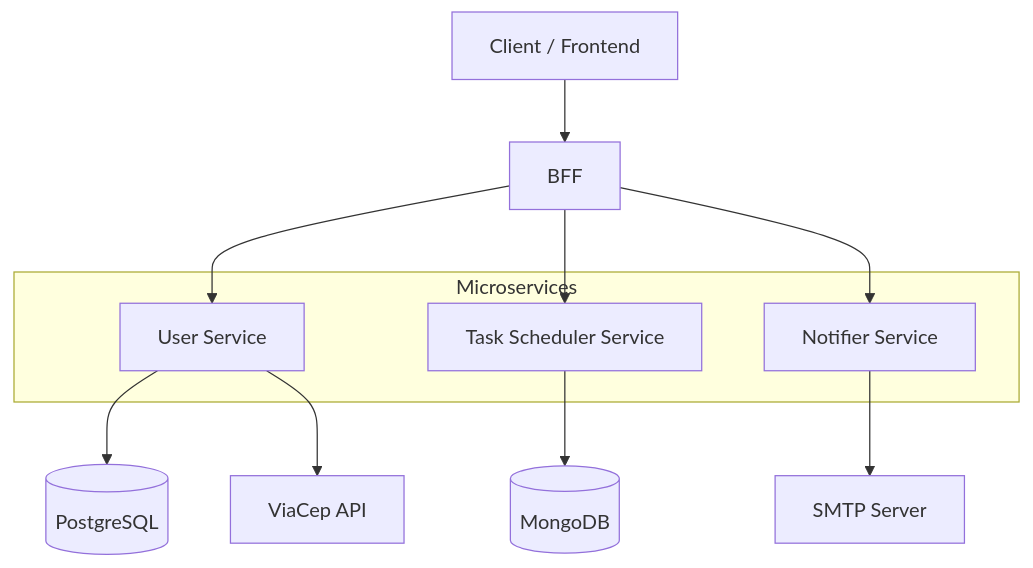
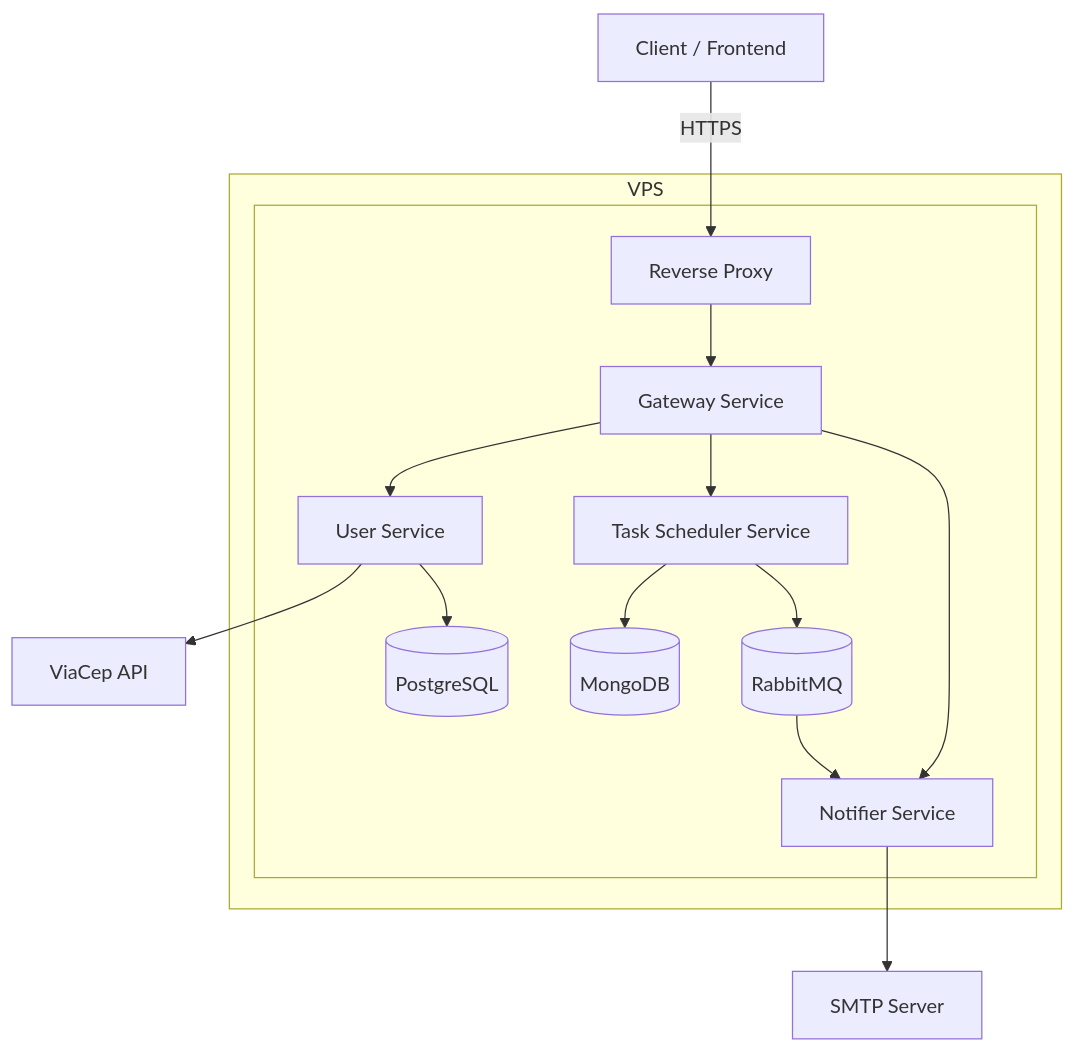
One commit to enzobbom/ts-system changed the first of 2 diagrams in README.md. Above: the diagram before and after it, drawn with Mermaid. The commit also changed other lines of this file, not shown here.

````diff
--- a/README.md
+++ b/README.md
@@ -45,30 +53,38 @@
 ```mermaid
 flowchart TB
 
-    Client[Client / Frontend]
+    Client["Client / Frontend"]
 
-    BFF[BFF]
+    ViaCep["ViaCep API"]
+    SMTP["SMTP Server"]
 
-    subgraph Microservices
-        User[User Service]
-        Task[Task Scheduler Service]
-        Notifier[Notifier Service]
+    subgraph VPS["VPS"]
+        subgraph VPS2[" "]
+            ReverseProxy["Reverse Proxy"]
+        Gateway["Gateway Service"]
+        User["User Service"]
+        Task["Task Scheduler Service"]
+        Notifier["Notifier Service"]
+        Postgres[(PostgreSQL)]
+        Mongo[(MongoDB)]
+        RabbitMQ[(RabbitMQ)]
+        end
     end
 
-    Postgres[(PostgreSQL)]
-    Mongo[(MongoDB)]
-
-    ViaCep[ViaCep API]
-    SMTP[SMTP Server]
-
-    Client --> BFF
-    BFF --> User
-    BFF --> Task
-    BFF --> Notifier
-
-    User --> Postgres
-    Task --> Mongo
+    ReverseProxy --> Gateway
 
     User --> ViaCep
+    User --> Postgres
+
+    Gateway --> User
+    Gateway --> Task
+    Gateway --> Notifier
+
+    Task --> Mongo
+    Task --> RabbitMQ
+    
+    RabbitMQ --> Notifier
+
+    Client -->|HTTPS| ReverseProxy
     Notifier --> SMTP
 ```
````
